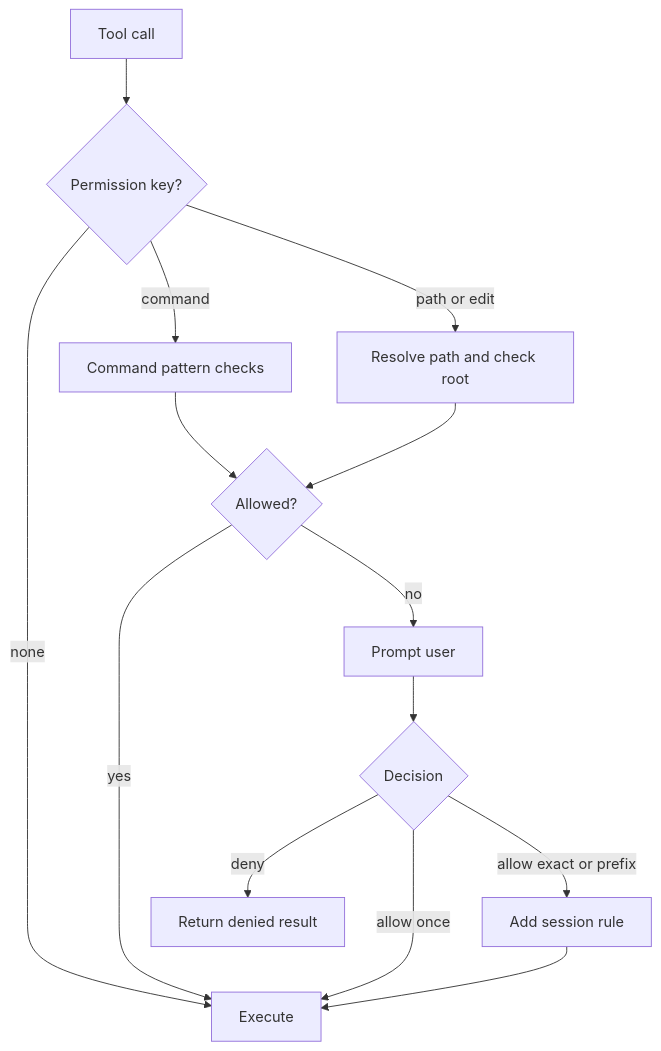
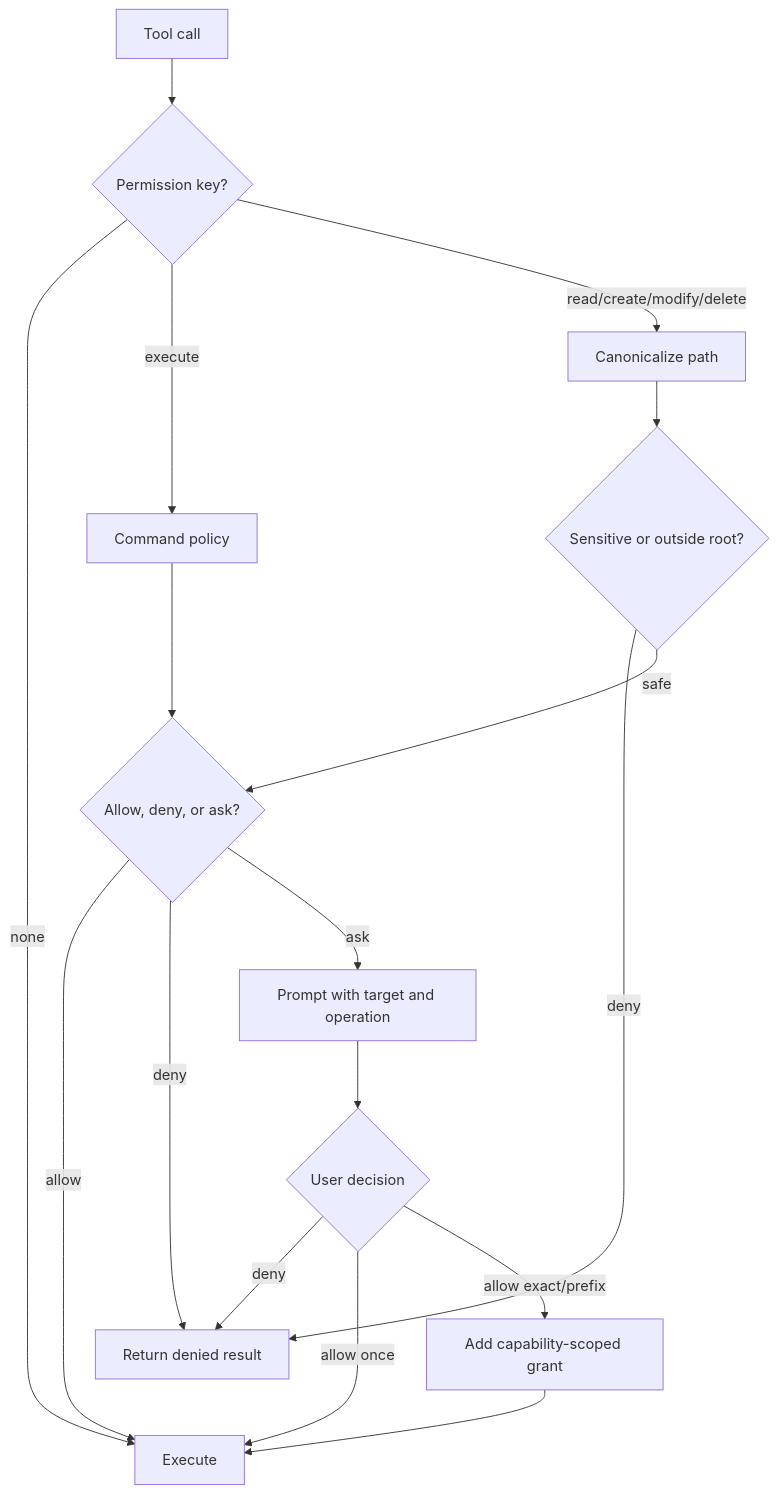
Before and after one commit to ankit25bcs10610/Agent-Harness: the third of 4 diagrams in README.md, drawn with Mermaid. The commit also changed other lines of this file and 13 other files, not shown here.

````diff
--- a/README.md
+++ b/README.md
@@ -204,15 +204,18 @@
 ```mermaid
 flowchart TD
     CALL[Tool call] --> KEY{Permission key?}
     KEY -->|none| RUN[Execute]
-    KEY -->|command| CMD[Command pattern checks]
-    KEY -->|path or edit| PATH[Resolve path and check root]
-    CMD --> DECIDE{Allowed?}
-    PATH --> DECIDE
-    DECIDE -->|yes| RUN
-    DECIDE -->|no| ASK[Prompt user]
-    ASK --> CHOICE{Decision}
-    CHOICE -->|deny| DENY[Return denied result]
+    KEY -->|execute| CMD[Command policy]
+    KEY -->|read/create/modify/delete| PATH[Canonicalize path]
+    CMD --> DECIDE{Allow, deny, or ask?}
+    PATH --> SENSITIVE{Sensitive or outside root?}
+    SENSITIVE -->|deny| DENY[Return denied result]
+    SENSITIVE -->|safe| DECIDE
+    DECIDE -->|allow| RUN
+    DECIDE -->|deny| DENY
+    DECIDE -->|ask| ASK[Prompt with target and operation]
+    ASK --> CHOICE{User decision}
+    CHOICE -->|deny| DENY
     CHOICE -->|allow once| RUN
-    CHOICE -->|allow exact or prefix| RULE[Add session rule] --> RUN
+    CHOICE -->|allow exact/prefix| RULE[Add capability-scoped grant] --> RUN
 ```
````
